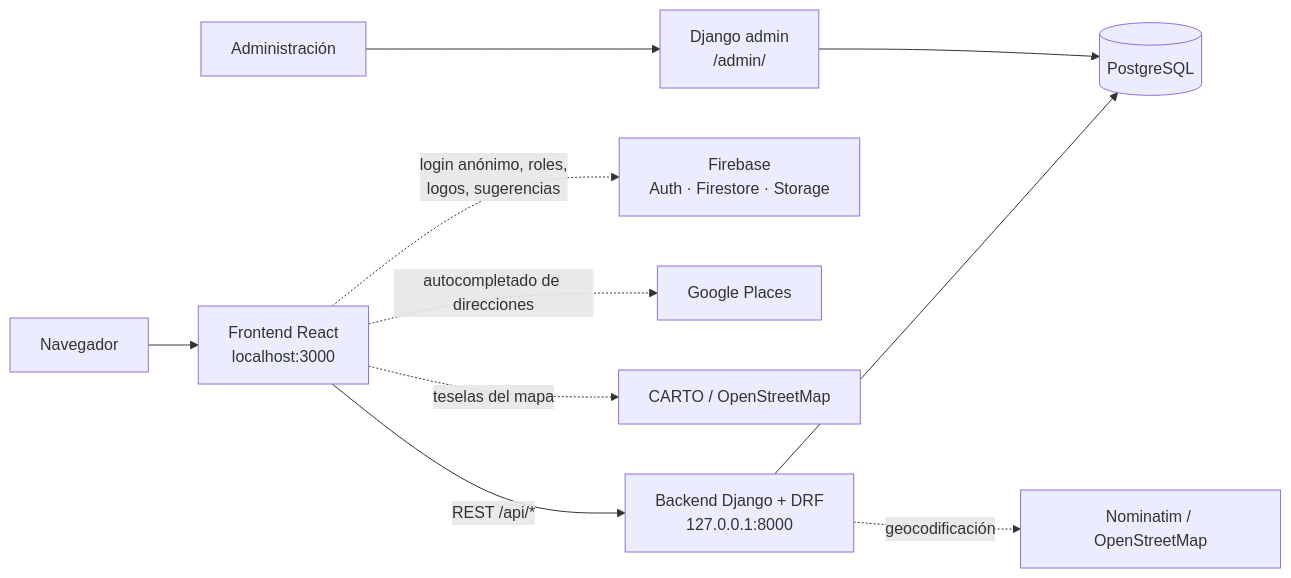
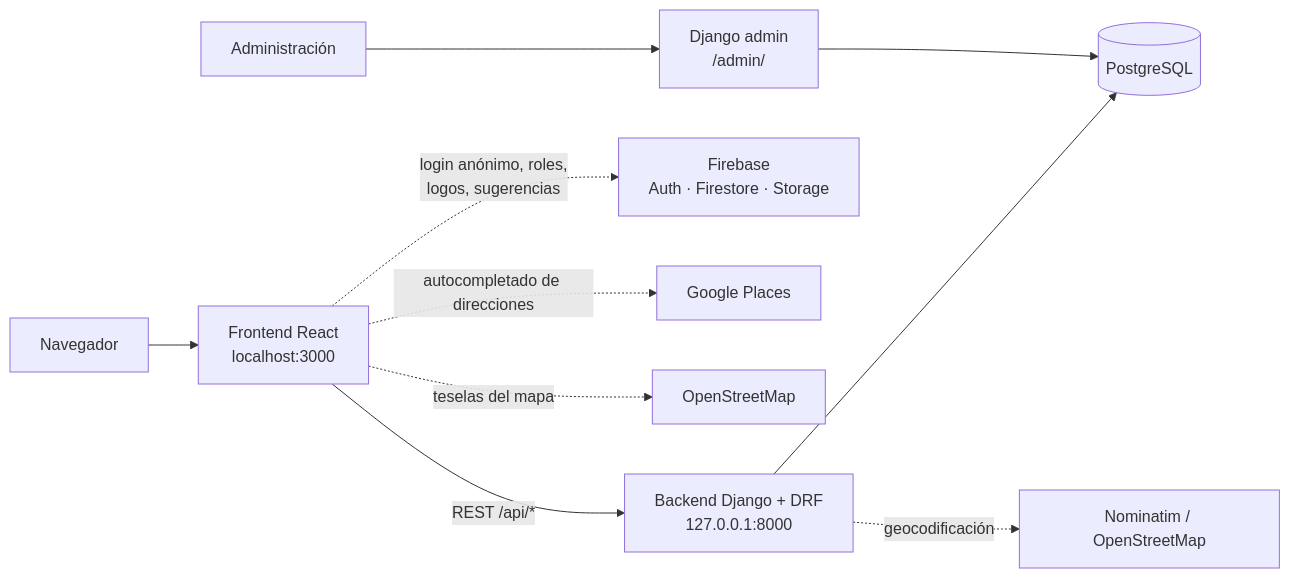
The first of 2 diagrams in docs/es/arquitectura.md (profesorjuanpegonzalez-afk/deporteca-app), drawn with Mermaid before and after one commit. The commit also changed other lines of this file and 8 other files, not shown here.

First line of the commit message:
fix: usar teselas de OpenStreetMap en el mapa

````diff
--- a/docs/es/arquitectura.md
+++ b/docs/es/arquitectura.md
@@ -5,12 +5,12 @@
 ```mermaid
 flowchart LR
     U[Navegador] --> FE[Frontend React<br/>localhost:3000]
     FE -- "REST /api/*" --> BE[Backend Django + DRF<br/>127.0.0.1:8000]
     BE --> DB[(PostgreSQL)]
     BE -. "geocodificación" .-> NOM[Nominatim / OpenStreetMap]
     FE -. "login anónimo, roles,<br/>logos, sugerencias" .-> FB[Firebase<br/>Auth · Firestore · Storage]
     FE -. "autocompletado de direcciones" .-> GP[Google Places]
-    FE -. "teselas del mapa" .-> MAP[CARTO / OpenStreetMap]
+    FE -. "teselas del mapa" .-> MAP[OpenStreetMap]
     ADM[Administración] --> DA[Django admin<br/>/admin/]
     DA --> DB
 ```
````
